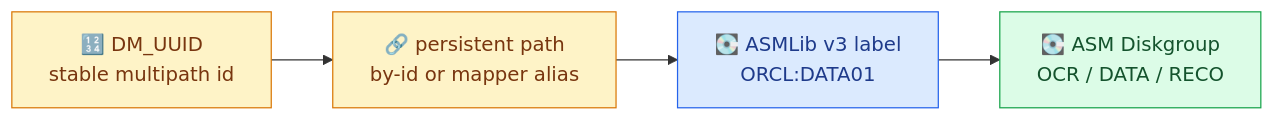
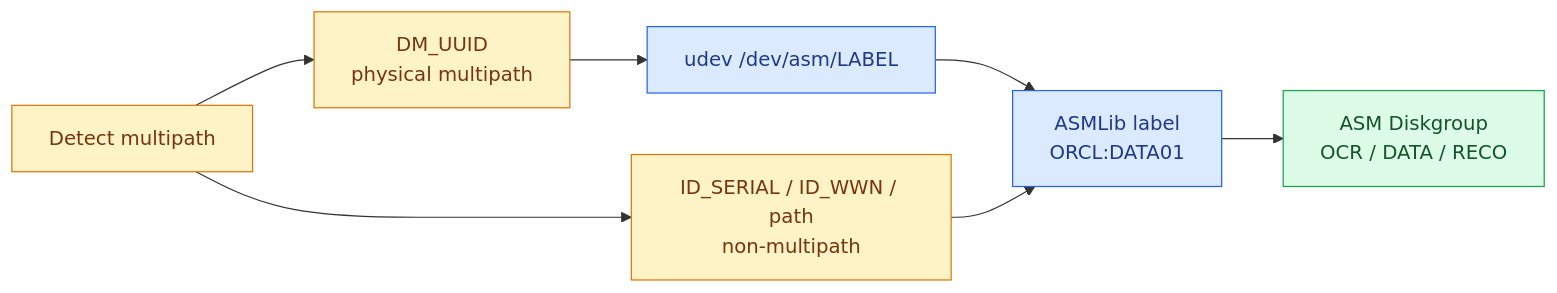
The third of 4 diagrams in docs/deployment_guide.md (bozpain/oracle-install-replication-framework), drawn with Mermaid before and after one commit. The commit also changed other lines of this file and 15 other files, not shown here.

````diff
--- a/docs/deployment_guide.md
+++ b/docs/deployment_guide.md
@@ -268,16 +270,19 @@
 ```mermaid
 flowchart LR
-    uuid["🔢 DM_UUID<br/>stable multipath id"]
-    path["🔗 persistent path<br/>by-id or mapper alias"]
-    label["💽 ASMLib v3 label<br/>ORCL:DATA01"]
-    dg["💽 ASM Diskgroup<br/>OCR / DATA / RECO"]
+    detect["Detect multipath"]
+    uuid["DM_UUID<br/>physical multipath"]
+    byid["ID_SERIAL / ID_WWN / path<br/>non-multipath"]
+    udev["udev /dev/asm/LABEL"]
+    label["ASMLib label<br/>ORCL:DATA01"]
+    dg["ASM Diskgroup<br/>OCR / DATA / RECO"]
 
-    uuid --> path --> label --> dg
+    detect --> uuid --> udev --> label --> dg
+    detect --> byid --> label
 
     classDef amber fill:#FEF3C7,stroke:#D97706,color:#78350F
     classDef blue fill:#DBEAFE,stroke:#2563EB,color:#1E3A8A
     classDef green fill:#DCFCE7,stroke:#16A34A,color:#14532D
-    class uuid,path amber
-    class label blue
+    class detect,uuid,byid amber
+    class udev,label blue
     class dg green
 ```
````
